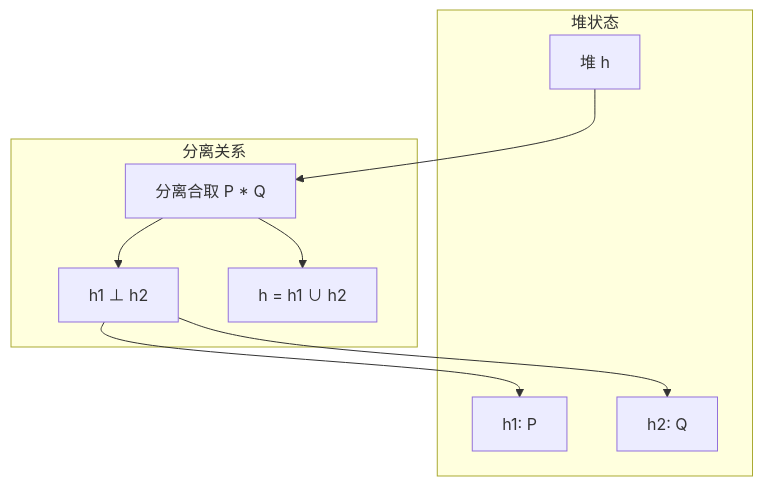
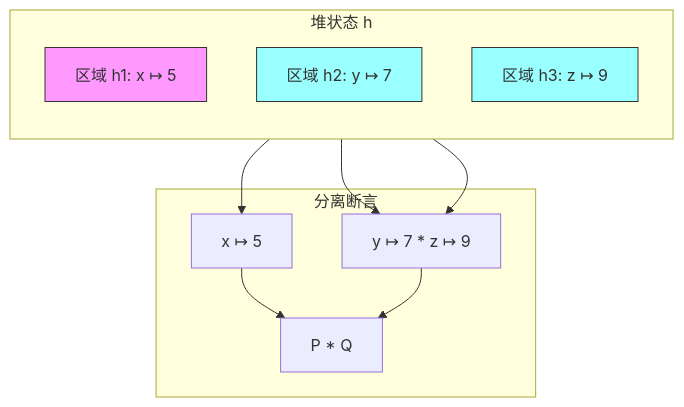
The third of 6 diagrams in formal-methods/05-verification/01-logic/03-separation-logic.md (AdaMartin18010/AnalysisDataFlow), drawn with Mermaid before and after one commit. The commit also changed other lines of this file and 46 other files, not shown here.

````diff
--- a/formal-methods/05-verification/01-logic/03-separation-logic.md
+++ b/formal-methods/05-verification/01-logic/03-separation-logic.md
@@ -210,20 +409,25 @@
 ```mermaid
 graph TB
-    subgraph 堆状态
-        Heap[堆 h]
-        H1[h1: P]
-        H2[h2: Q]
+    subgraph 堆状态 h
+        direction TB
+        H1[区域 h1: x ↦ 5]
+        H2[区域 h2: y ↦ 7]
+        H3[区域 h3: z ↦ 9]
     end
 
-    subgraph 分离关系
-        Sep[分离合取 P * Q]
-        Disjoint[h1 ⊥ h2]
-        Union[h = h1 ∪ h2]
+    subgraph 分离断言
+        P[x ↦ 5]
+        Q[y ↦ 7 * z ↦ 9]
+        R[P * Q]
     end
 
-    Heap --> Sep
-    Sep --> Disjoint
-    Sep --> Union
-    Disjoint --> H1
-    Disjoint --> H2
+    H1 --> P
+    H2 --> Q
+    H3 --> Q
+    P --> R
+    Q --> R
+
+    style H1 fill:#f9f,stroke:#333
+    style H2 fill:#9ff,stroke:#333
+    style H3 fill:#9ff,stroke:#333
 ```
````
